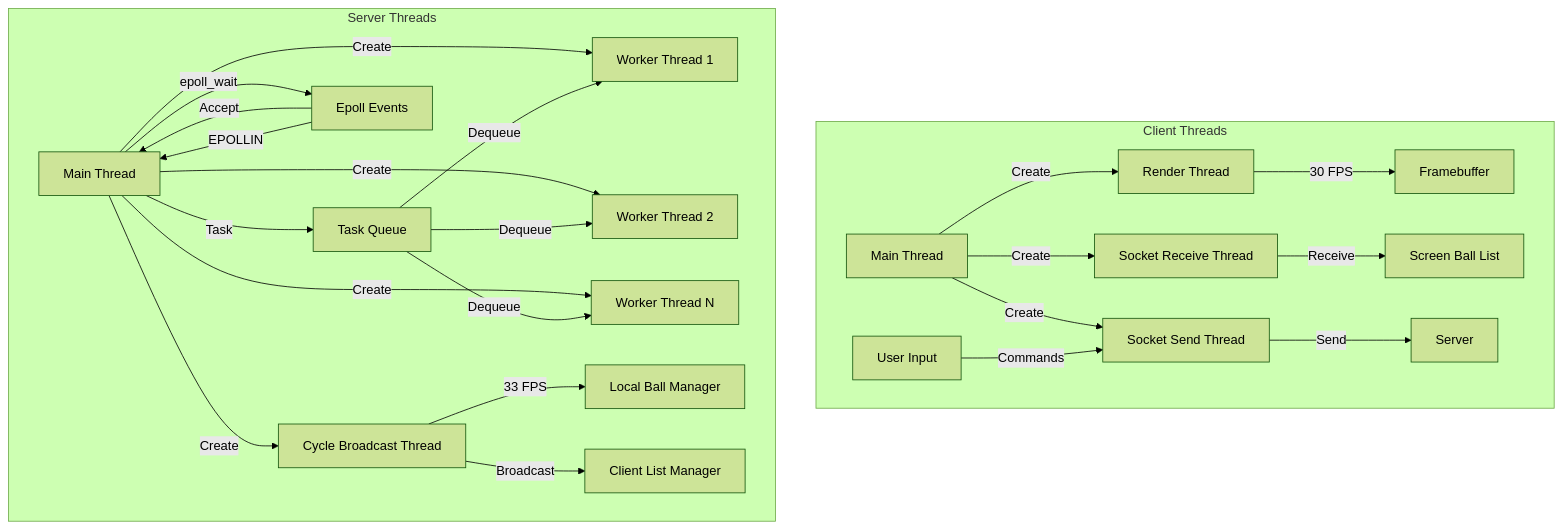
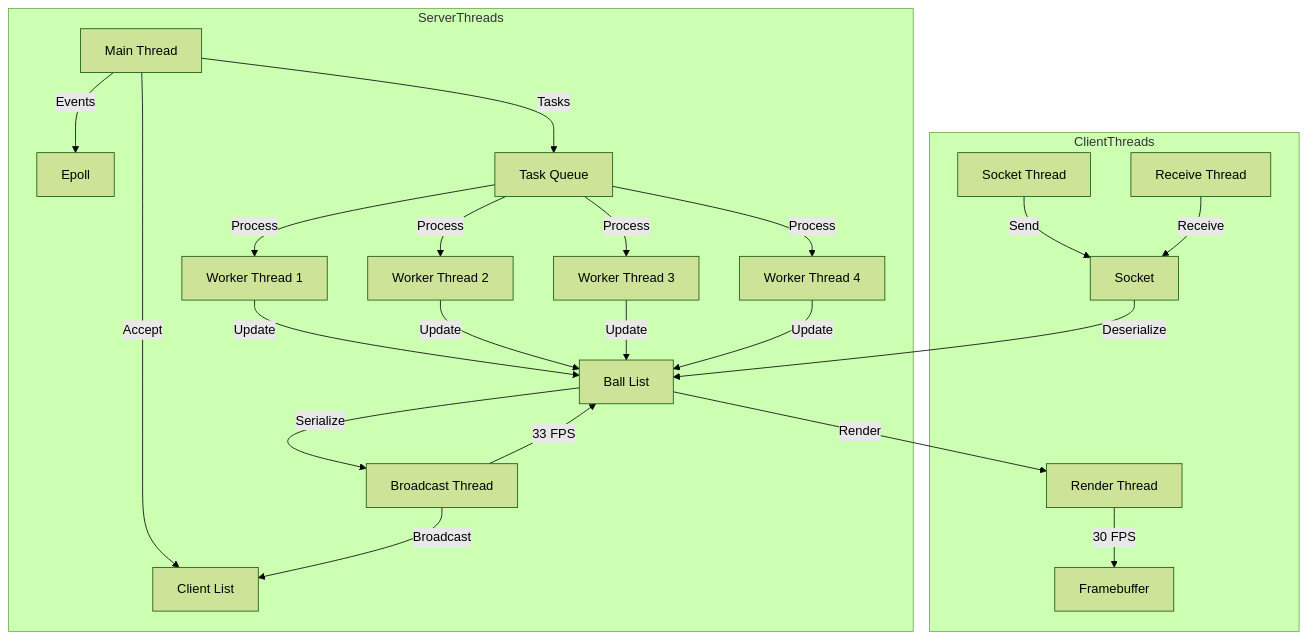
The second of 5 diagrams in README.md (Baby-Blowfish/owner_based_ball_game), drawn with Mermaid (forest theme) before and after one commit. The commit also changed other lines of this file and 100 other files, not shown here.

````diff
--- a/README.md
+++ b/README.md
@@ -118,44 +93,41 @@
 ```mermaid
-graph TD
-    subgraph "Client Threads"
+graph TB
+    subgraph ServerThreads
         MT[Main Thread]
-        RDT[Render Thread]
-        SRT[Socket Receive Thread]
-        SST[Socket Send Thread]
+        WT1[Worker Thread 1]
+        WT2[Worker Thread 2]
+        WT3[Worker Thread 3]
+        WT4[Worker Thread 4]
+        BT[Broadcast Thread]
 
-        MT -->|Create| RDT
-        MT -->|Create| SRT
-        MT -->|Create| SST
+        MT -->|Accept| CL[Client List]
+        MT -->|Events| EP[Epoll]
+        MT -->|Tasks| TQ[Task Queue]
+        TQ -->|Process| WT1
+        TQ -->|Process| WT2
+        TQ -->|Process| WT3
+        TQ -->|Process| WT4
+        BT -->|33 FPS| BL[Ball List]
 
-        RDT -->|30 FPS| FB[Framebuffer]
-        SRT -->|Receive| SB[Screen Ball List]
-        SST -->|Send| SV[Server]
+        WT1 -->|Update| BL
+        WT2 -->|Update| BL
+        WT3 -->|Update| BL
+        WT4 -->|Update| BL
 
-        UI[User Input] -->|Commands| SST
+        BL -->|Serialize| BT
+        BT -->|Broadcast| CL
     end
 
-    subgraph "Server Threads"
-        ST[Main Thread]
-        WT1[Worker Thread 1]
-        WT2[Worker Thread 2]
-        WTN[Worker Thread N]
-        CBT[Cycle Broadcast Thread]
+    subgraph ClientThreads
+        RT[Render Thread]
+        ST[Socket Thread]
+        RST[Receive Thread]
 
-        ST -->|Create| WT1
-        ST -->|Create| WT2
-        ST -->|Create| WTN
-        ST -->|Create| CBT
+        RT -->|30 FPS| FB[Framebuffer]
+        ST -->|Send| SOCK[Socket]
+        RST -->|Receive| SOCK
 
-        ST -->|epoll_wait| EP[Epoll Events]
-        EP -->|Accept| ST
-        EP -->|EPOLLIN| ST
-
-        ST -->|Task| TQ[Task Queue]
-        TQ -->|Dequeue| WT1
-        TQ -->|Dequeue| WT2
-        TQ -->|Dequeue| WTN
-
-        CBT -->|33 FPS| LBM[Local Ball Manager]
-        CBT -->|Broadcast| CLM[Client List Manager]
+        SOCK -->|Deserialize| BL[Ball List]
+        BL -->|Render| RT
     end
 ```
````
